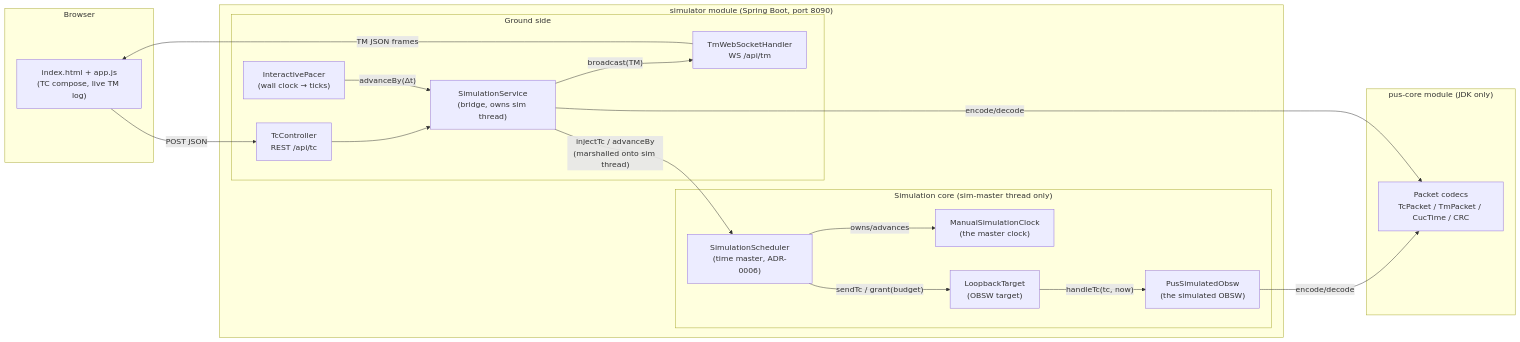
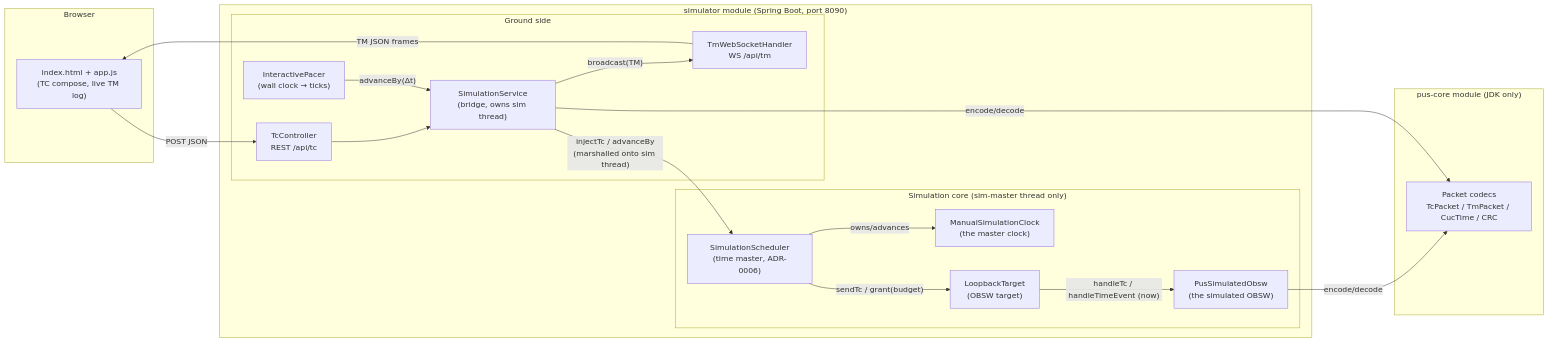
The first of 5 diagrams in docs/sdd.md (cmoellmann/satsim), drawn with Mermaid before and after one commit. The commit also changed other lines of this file and 3 other files, not shown here.

First line of the commit message:
feat(simulator): time-driven OBSW events — SimulatedObsw nextEventNanos/handleTimeEvent, LoopbackTarget event stop points [SIM-REQ-HK-002]

````diff
--- a/docs/sdd.md
+++ b/docs/sdd.md
@@ -47,35 +47,35 @@
 ```mermaid
 flowchart LR
   subgraph Browser
     FE["index.html + app.js<br/>(TC compose, live TM log)"]
   end
   subgraph "simulator module (Spring Boot, port 8090)"
     subgraph "Ground side"
       TCC["TcController<br/>REST /api/tc"]
       WSH["TmWebSocketHandler<br/>WS /api/tm"]
       SVC["SimulationService<br/>(bridge, owns sim thread)"]
       PACER["InteractivePacer<br/>(wall clock → ticks)"]
     end
     subgraph "Simulation core (sim-master thread only)"
       SCHED["SimulationScheduler<br/>(time master, ADR-0006)"]
       CLK["ManualSimulationClock<br/>(the master clock)"]
       TGT["LoopbackTarget<br/>(OBSW target)"]
       APP["PusSimulatedObsw<br/>(the simulated OBSW)"]
     end
   end
   subgraph "pus-core module (JDK only)"
     CODEC["Packet codecs<br/>TcPacket / TmPacket / CucTime / CRC"]
   end
 
   FE -- "POST JSON" --> TCC
   WSH -- "TM JSON frames" --> FE
   TCC --> SVC
   PACER -- "advanceBy(Δt)" --> SVC
   SVC -- "injectTc / advanceBy<br/>(marshalled onto sim thread)" --> SCHED
   SVC -- "broadcast(TM)" --> WSH
   SCHED -- "owns/advances" --> CLK
   SCHED -- "sendTc / grant(budget)" --> TGT
-  TGT -- "handleTc(tc, now)" --> APP
+  TGT -- "handleTc / handleTimeEvent (now)" --> APP
   APP -- "encode/decode" --> CODEC
   SVC -- "encode/decode" --> CODEC
 ```
````
